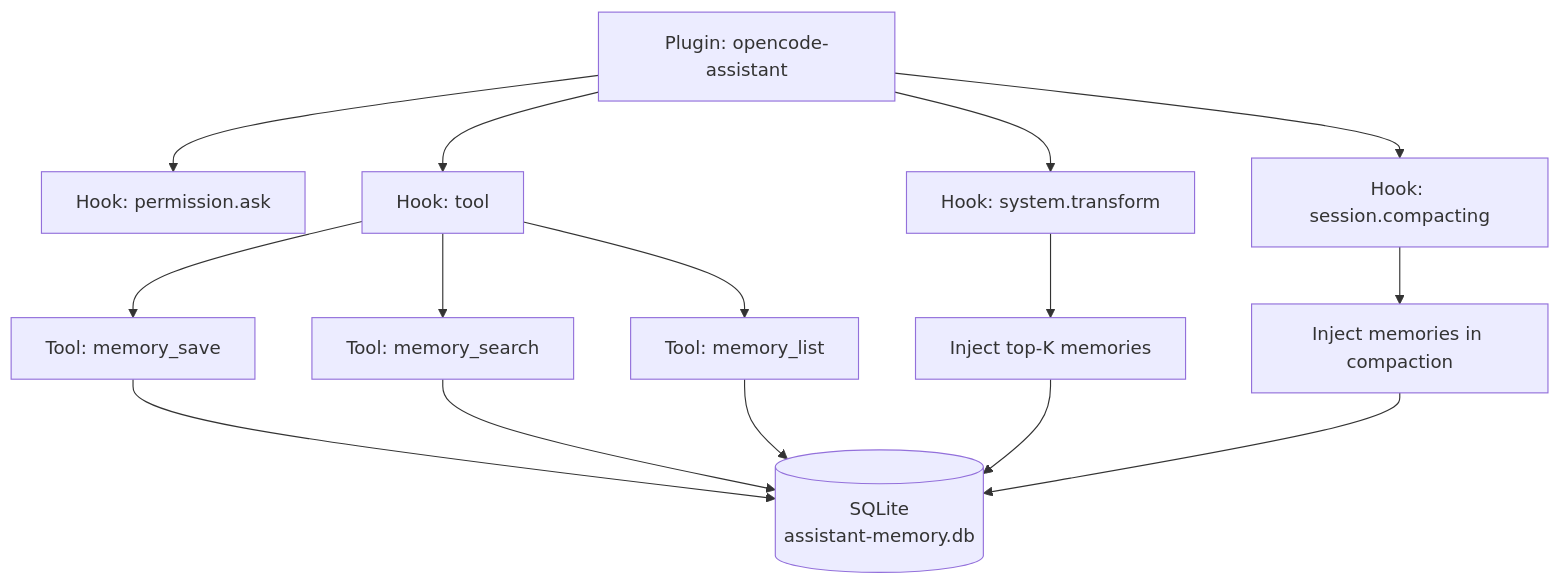
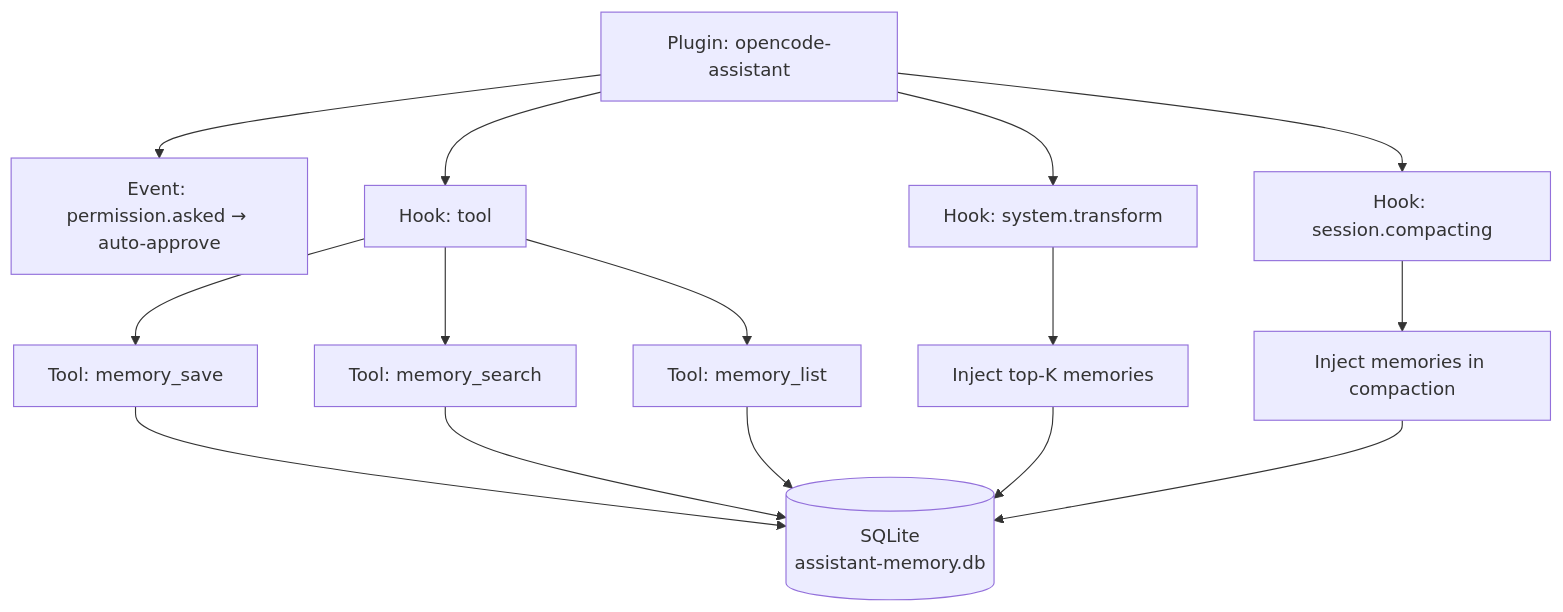
One commit to gustavobgama/opencode-assistant changed the first of 2 diagrams in specs/changes/plugin-memory/design.md. Above: the diagram before and after it, drawn with Mermaid. The commit also changed other lines of this file and 6 other files, not shown here.

First line of the commit message:
fix: replace dead permission.ask hook with event-based auto-approve via SDK

````diff
--- a/specs/changes/plugin-memory/design.md
+++ b/specs/changes/plugin-memory/design.md
@@ -22,19 +22,19 @@
 ```mermaid
 graph TB
-    Plugin[Plugin: opencode-assistant] --> Perm[Hook: permission.ask]
+    Plugin[Plugin: opencode-assistant] --> Perm[Event: permission.asked → auto-approve]
     Plugin --> SysPrompt[Hook: system.transform]
     Plugin --> Tools[Hook: tool]
     Plugin --> Compact[Hook: session.compacting]
     
     SysPrompt --> MemInject[Inject top-K memories]
     Tools --> Save[Tool: memory_save]
     Tools --> Search[Tool: memory_search]
     Tools --> List[Tool: memory_list]
     Compact --> MemContext[Inject memories in compaction]
     
     Save --> DB[(SQLite<br/>assistant-memory.db)]
     Search --> DB
     List --> DB
     MemInject --> DB
     MemContext --> DB
 ```
````
